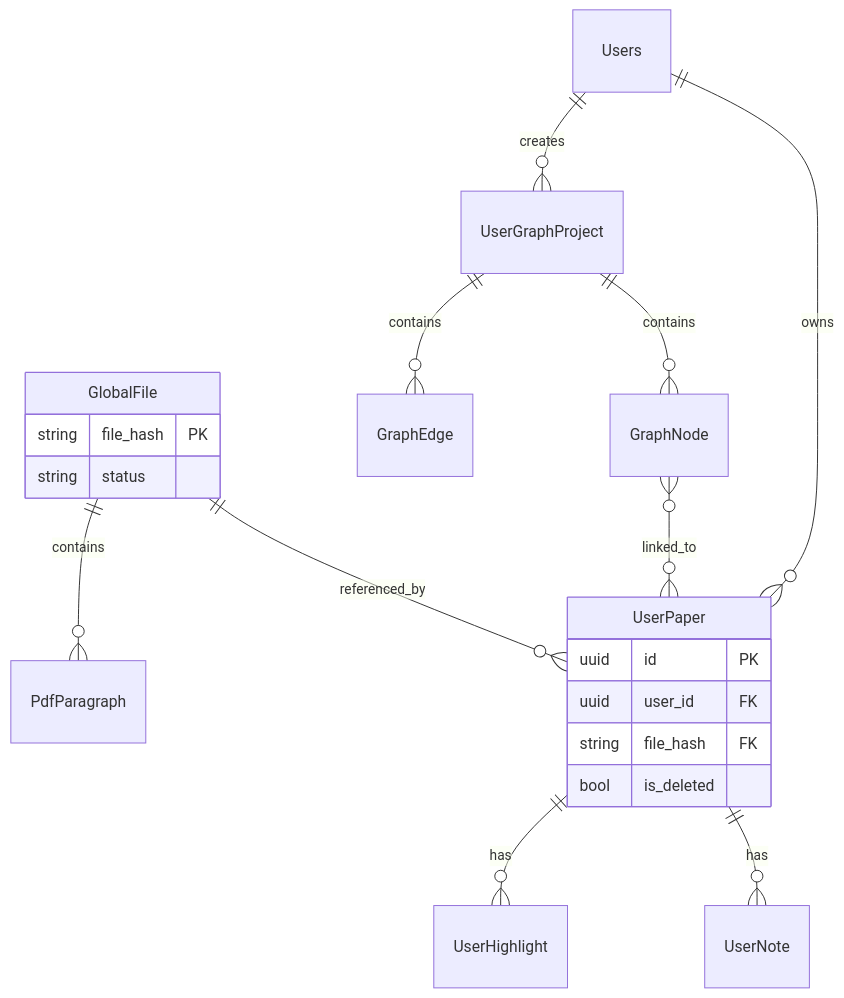
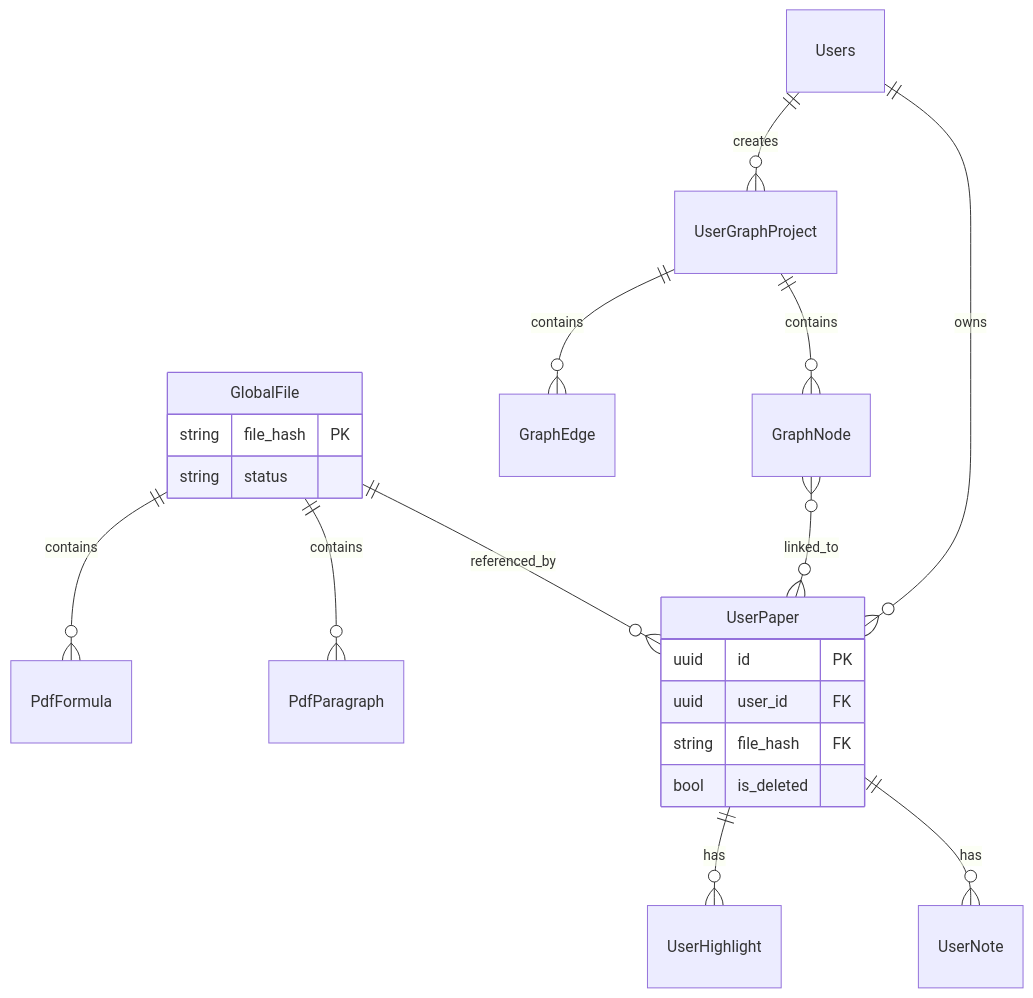
The diagram in backend/docs/db_docs/er_diagram.md (Achyutace/README), drawn with Mermaid before and after one commit. The commit also changed 4 other files, not shown here.

````diff
--- a/backend/docs/db_docs/er_diagram.md
+++ b/backend/docs/db_docs/er_diagram.md
@@ -1,25 +1,26 @@
 ```mermaid
 erDiagram
     Users ||--o{ UserPaper : "owns"
     GlobalFile ||--o{ UserPaper : "referenced_by"
     GlobalFile ||--o{ PdfParagraph : "contains"
+    GlobalFile ||--o{ PdfFormula : "contains"
     UserPaper ||--o{ UserNote : "has"
     UserPaper ||--o{ UserHighlight : "has"
     
     %% 知识图谱
     Users ||--o{ UserGraphProject : "creates"
     UserGraphProject ||--o{ GraphNode : "contains"
     UserGraphProject ||--o{ GraphEdge : "contains"
     GraphNode }o--o{ UserPaper : "linked_to"
 
     GlobalFile {
         string file_hash PK
         string status
     }
     UserPaper {
         uuid id PK
         uuid user_id FK
         string file_hash FK
         bool is_deleted
     }
 ```
````
